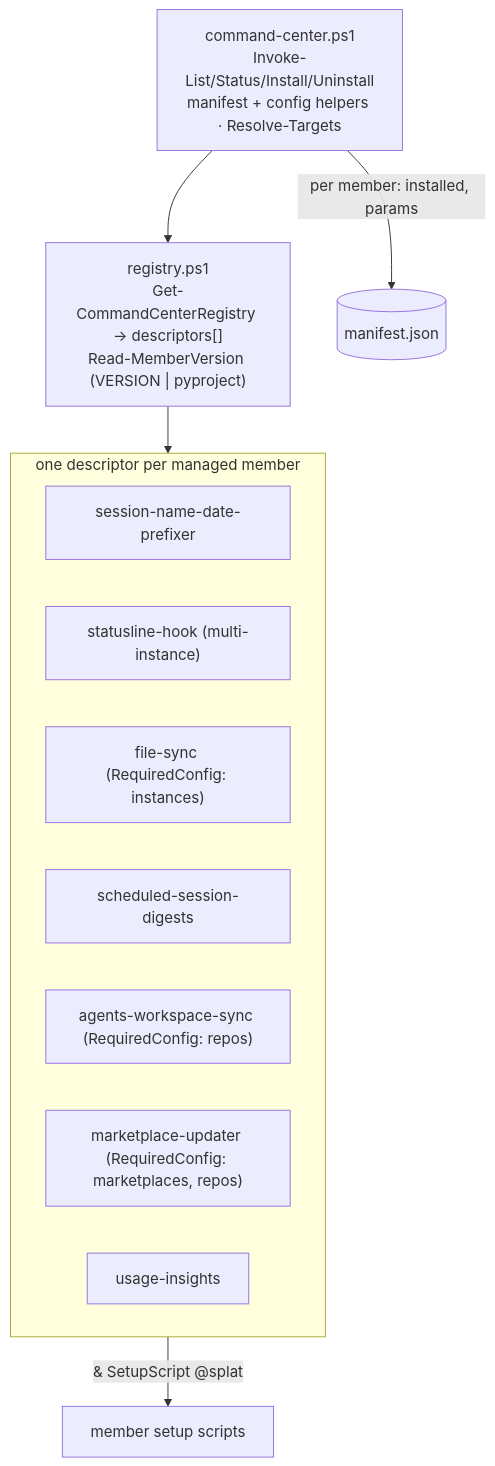
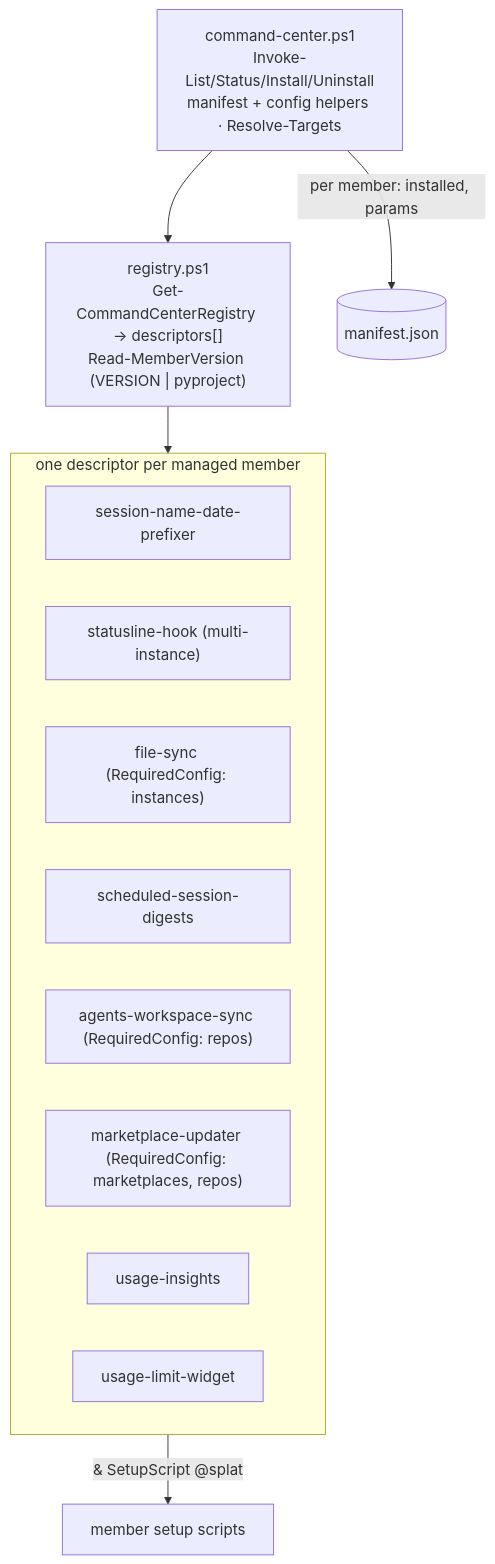
Before and after one commit to cheneeheng/claude-code-command-center: the second of 4 diagrams in setup/product/ARCHITECTURE.md, drawn with Mermaid. The commit also changed other lines of this file and 13 other files, not shown here.

First line of the commit message:
feat(usage-limit-widget): add the usage-limit widget app

````diff
--- a/setup/product/ARCHITECTURE.md
+++ b/setup/product/ARCHITECTURE.md
@@ -29,17 +29,18 @@
 ```mermaid
 flowchart TD
     cli["command-center.ps1<br/>Invoke-List/Status/Install/Uninstall<br/>manifest + config helpers · Resolve-Targets"]
     registry["registry.ps1<br/>Get-CommandCenterRegistry → descriptors[]<br/>Read-MemberVersion (VERSION | pyproject)"]
     subgraph descriptors["one descriptor per managed member"]
         d1["session-name-date-prefixer"]
         d2["statusline-hook (multi-instance)"]
         d3["file-sync (RequiredConfig: instances)"]
         d4["scheduled-session-digests"]
         d5["agents-workspace-sync (RequiredConfig: repos)"]
         d8["marketplace-updater (RequiredConfig: marketplaces, repos)"]
         d7["usage-insights"]
+        d9["usage-limit-widget"]
     end
     cli --> registry --> descriptors
     descriptors -->|"& SetupScript @splat"| member["member setup scripts"]
     cli -->|"per member: installed, params"| manifest[("manifest.json")]
 ```
````
